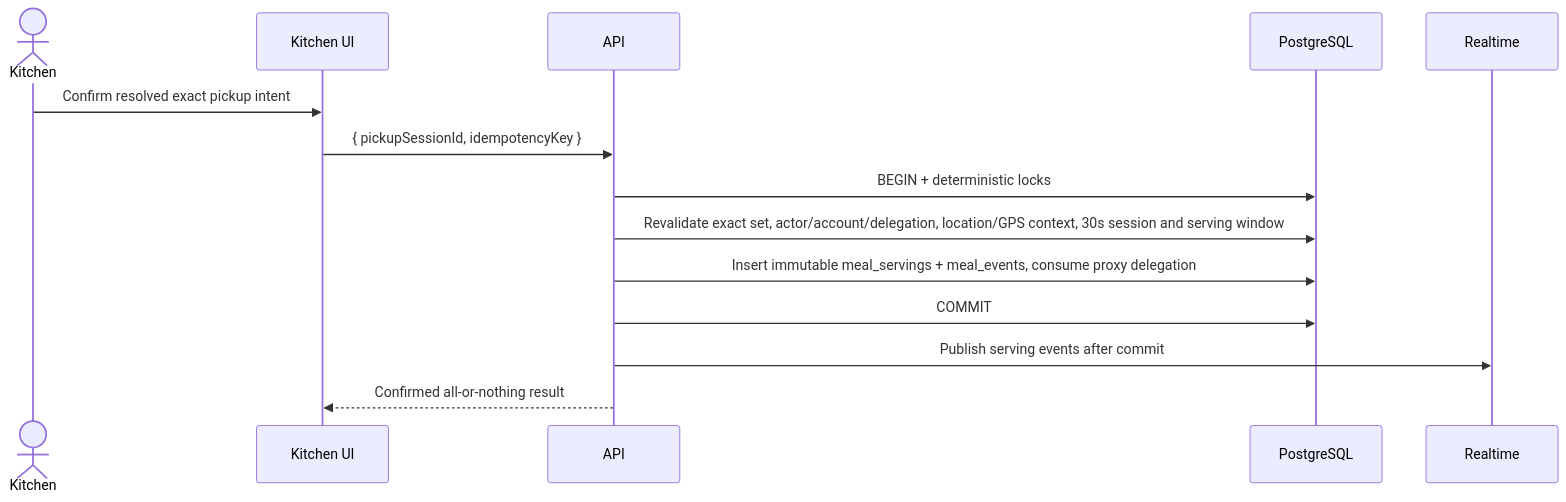
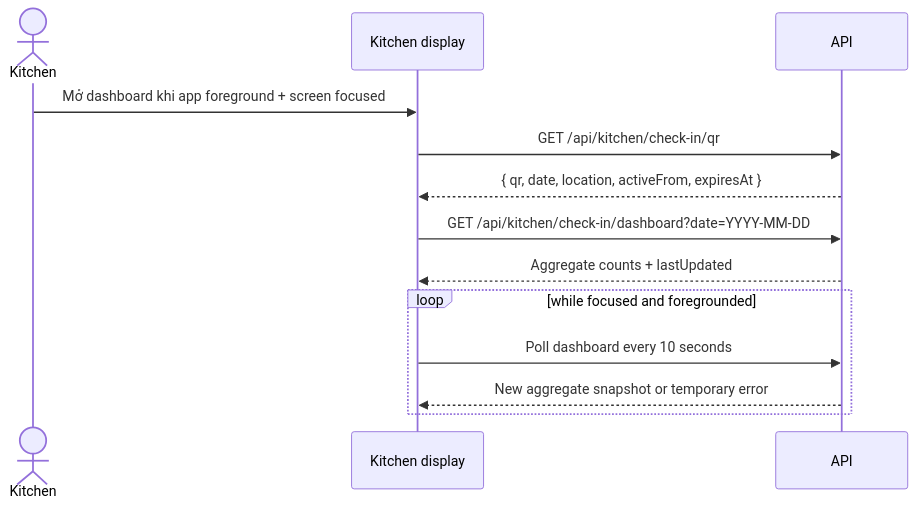
One commit to Wkiugt/IMeal-v3 changed the seventh of 8 diagrams in docs/03-product-flows.md. Above: the diagram before and after it, drawn with Mermaid. The commit also changed other lines of this file and 129 other files, not shown here.

Commit message:
feat(check-in): replace pickup and delegation with staff self check-in

````diff
--- a/docs/03-product-flows.md
+++ b/docs/03-product-flows.md
@@ -544,17 +443,16 @@
 ```mermaid
 sequenceDiagram
     actor K as Kitchen
-    participant UI as Kitchen UI
+    participant UI as Kitchen display
     participant API as API
-    participant DB as PostgreSQL
-    participant RT as Realtime
 
-    K->>UI: Confirm resolved exact pickup intent
-    UI->>API: { pickupSessionId, idempotencyKey }
-    API->>DB: BEGIN + deterministic locks
-    API->>DB: Revalidate exact set, actor/account/delegation, location/GPS context, 30s session and serving window
-    API->>DB: Insert immutable meal_servings + meal_events, consume proxy delegation
-    API->>DB: COMMIT
-    API->>RT: Publish serving events after commit
-    API-->>UI: Confirmed all-or-nothing result
+    K->>UI: Mở dashboard khi app foreground + screen focused
+    UI->>API: GET /api/kitchen/check-in/qr
+    API-->>UI: { qr, date, location, activeFrom, expiresAt }
+    UI->>API: GET /api/kitchen/check-in/dashboard?date=YYYY-MM-DD
+    API-->>UI: Aggregate counts + lastUpdated
+    loop while focused and foregrounded
+        UI->>API: Poll dashboard every 10 seconds
+        API-->>UI: New aggregate snapshot or temporary error
+    end
 ```
````
